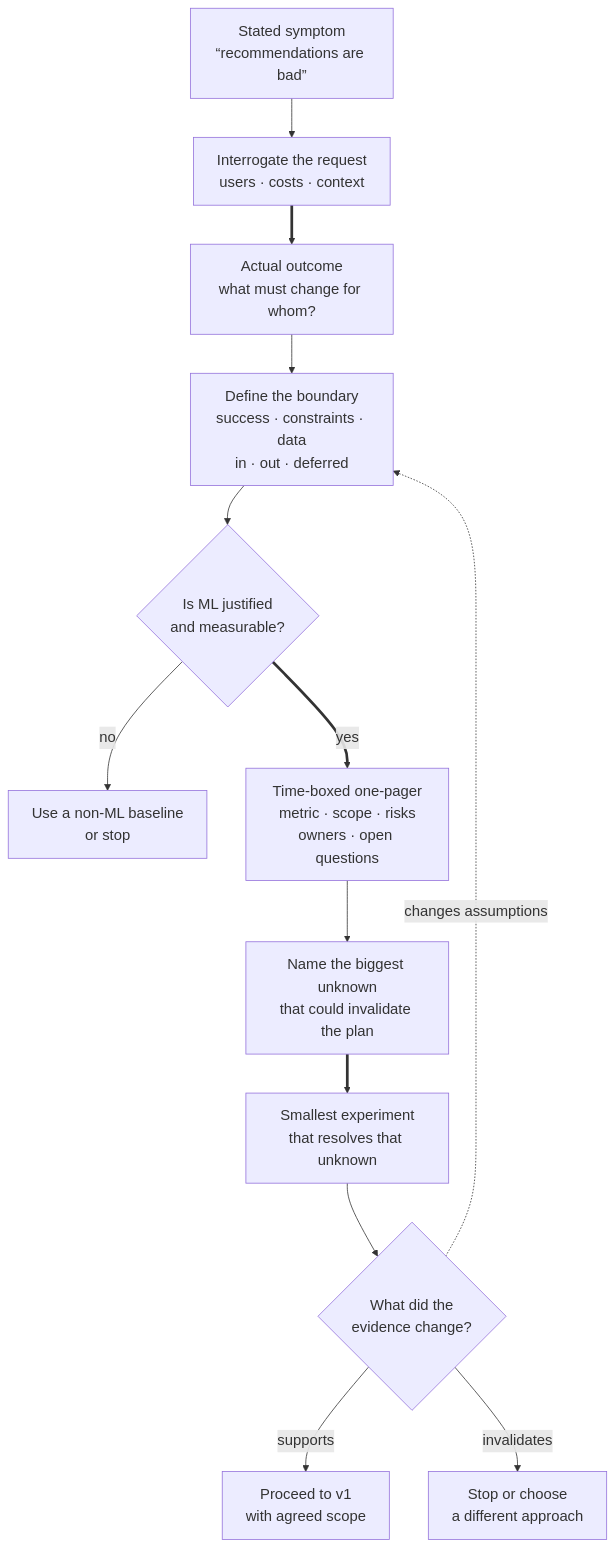
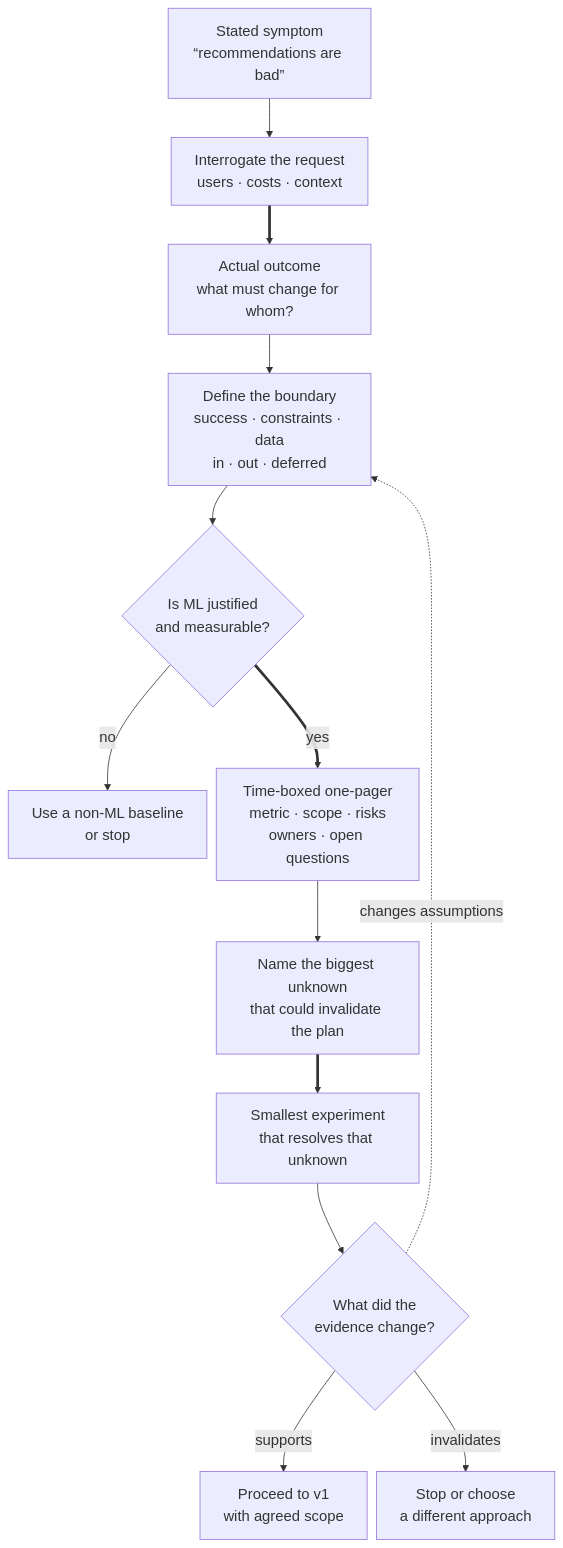
The diagram in src/content/posts/2026-04-23-scope-ambiguous-problem.md (mlmentorship/mlmentorship.github.io), drawn with Mermaid before and after one commit. The commit also changed 2 other files, not shown here.

Commit message:
fix: resolve batch 24 mobile rendering defects
Keep robotics headings inside the SVG viewBox, apply the intended compact class to the ambiguity flowchart, and expose legacy Mermaid as the actual reachable scroll container.

````diff
--- a/src/content/posts/2026-04-23-scope-ambiguous-problem.md
+++ b/src/content/posts/2026-04-23-scope-ambiguous-problem.md
@@ -55,23 +55,24 @@
 ```mermaid
-%%{init: {"themeVariables": {"fontSize": "19px"}}}%%
+%%{init: {"themeVariables": {"fontSize": "19px"}, "flowchart": {"nodeSpacing": 12}}}%%
 flowchart TB
 	accTitle: A senior scoping loop from an ambiguous request to an evidence-backed decision
 	accDescr: Start with a stakeholder's symptom, interrogate it to identify the actual user or business outcome, then define success, constraints, data, and non-goals. Decide whether machine learning is justified. If not, choose a non-ML baseline or stop. If it is, write a time-boxed one-pager that names scope, metrics, risks, and open questions. Select the biggest unknown, run the smallest experiment that can resolve it, and use evidence to proceed, rescope and repeat, or stop.
 	A["Stated symptom<br/>“recommendations are bad”"] --> B["Interrogate the request<br/>users · costs · context"]
 	B ==> C["Actual outcome<br/>what must change for whom?"]
 	C --> D["Define the boundary<br/>success · constraints · data<br/>in · out · deferred"]
 	D --> E{"Is ML justified<br/>and measurable?"}
 	E -->|"no"| F["Use a non-ML baseline<br/>or stop"]
 	E ==>|"yes"| G["Time-boxed one-pager<br/>metric · scope · risks<br/>owners · open questions"]
 	G --> H["Name the biggest unknown<br/>that could invalidate the plan"]
 	H ==> I["Smallest experiment<br/>that resolves that unknown"]
 	I --> J{"What did the<br/>evidence change?"}
 	J -->|"supports"| K["Proceed to v1<br/>with agreed scope"]
 	J -. "changes assumptions" .-> D
 	J -->|"invalidates"| L["Stop or choose<br/>a different approach"]
-	class A viz-input,viz-tall
+	class A viz-input
+	class A viz-tall
 	class C,E,H,J viz-focus
 	class D,G viz-state
 	class F,L viz-warning
 	class I,K viz-output
 ```
````
